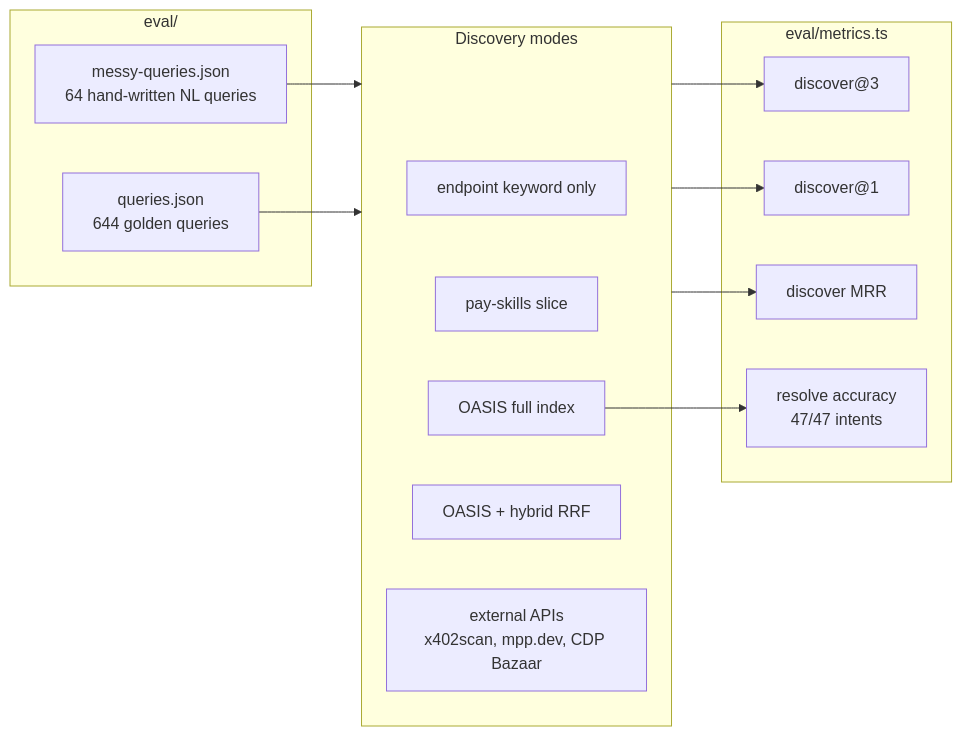
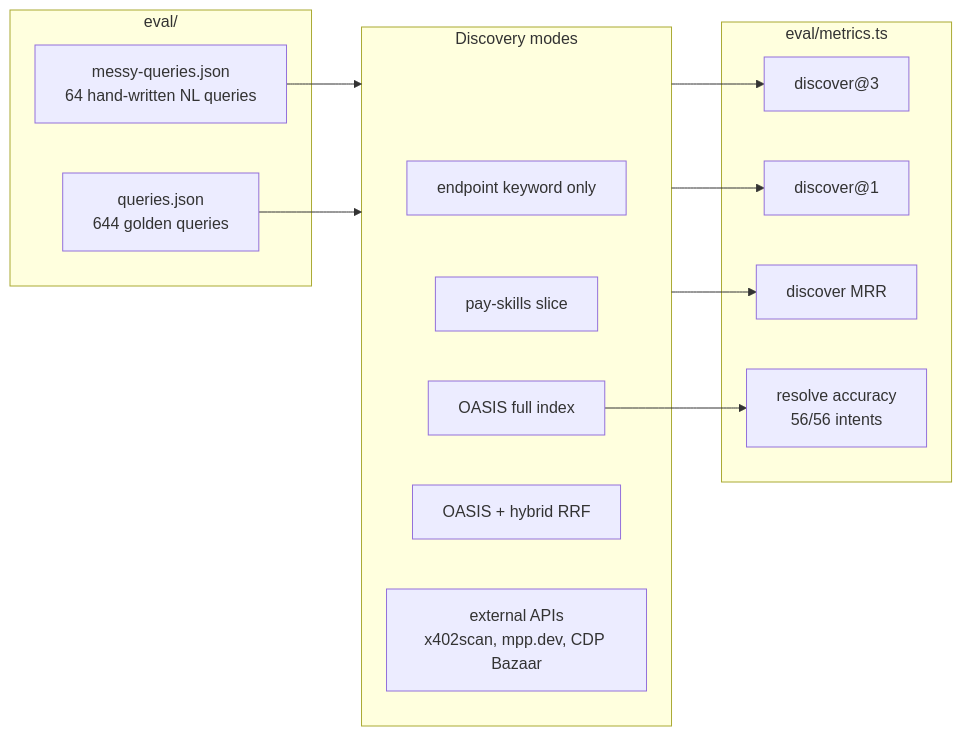
One commit to Syntalic/OASIS changed the fifth of 5 diagrams in ARCHITECTURE.md. Above: the diagram before and after it, drawn with Mermaid. The commit also changed other lines of this file and 3 other files, not shown here.

First line of the commit message:
docs: OpenAPI authoring best-practices + refresh ARCHITECTURE/README

````diff
--- a/ARCHITECTURE.md
+++ b/ARCHITECTURE.md
@@ -229,29 +215,29 @@
 ```mermaid
 flowchart LR
   subgraph queries["eval/"]
     MQ["messy-queries.json<br/>64 hand-written NL queries"]
     GQ["queries.json<br/>644 golden queries"]
   end
 
   subgraph modes["Discovery modes"]
     KW2["endpoint keyword only"]
     PS2["pay-skills slice"]
     FULL["OASIS full index"]
     HYB["OASIS + hybrid RRF"]
     EXT["external APIs<br/>x402scan, mpp.dev, CDP Bazaar"]
   end
 
   subgraph metrics["eval/metrics.ts"]
     D3["discover@3"]
     D1["discover@1"]
     MRR["discover MRR"]
-    RES["resolve accuracy<br/>47/47 intents"]
+    RES["resolve accuracy<br/>56/56 intents"]
   end
 
   MQ --> modes
   GQ --> modes
   modes --> D3
   modes --> D1
   modes --> MRR
   FULL --> RES
 ```
````
